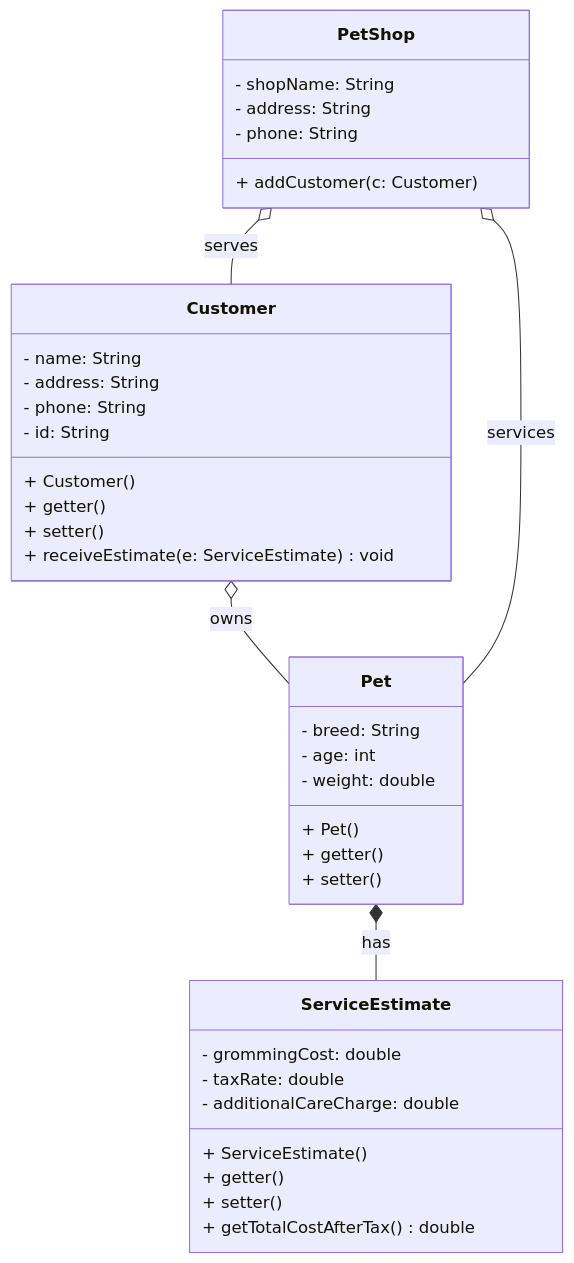
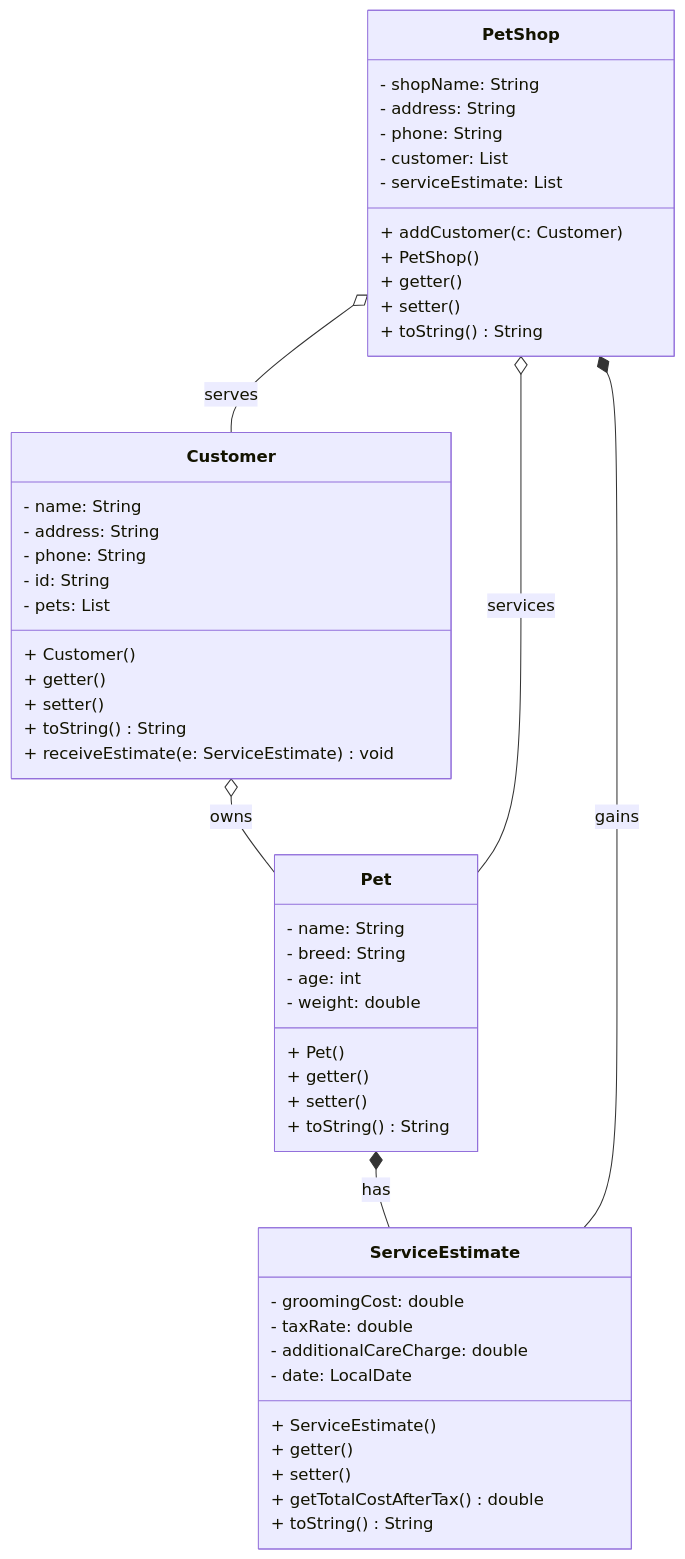
The diagram in CSE203/Lab1/Problem1/PetShop.mmd (ngsang149dev/CIT-EIU), drawn with Mermaid before and after one commit. The commit also changed 5 other files, not shown here.

```diff
--- a/CSE203/Lab1/Problem1/PetShop.mmd
+++ b/CSE203/Lab1/Problem1/PetShop.mmd
@@ -1,42 +1,55 @@
 classDiagram
     class Customer {
         - name: String
         - address: String
         - phone: String
         - id: String
+        - pets: List<Pet>
         + Customer()
         + getter()
         + setter()
+        + toString() String
         + receiveEstimate(e: ServiceEstimate) void
     }
 
     class Pet {
+        - name: String
         - breed: String
         - age: int 
         - weight: double
         + Pet() 
         + getter()
         + setter()  
+        + toString() String
     }
 
     class ServiceEstimate {
-        - grommingCost: double
+        - groomingCost: double
         - taxRate: double
         - additionalCareCharge: double
+        - date: LocalDate
         + ServiceEstimate()
         + getter()
         + setter()
         + getTotalCostAfterTax() double
+        + toString() String
     }
 
     class PetShop {
         - shopName: String
         - address: String
         - phone: String
+        - customer: List<Customer>
+        - serviceEstimate: List<ServiceEstimate>
         + addCustomer(c: Customer)
+        + PetShop()
+        + getter()
+        + setter()
+        + toString() String
     }
 
     Customer o-- Pet: owns
     Pet *-- ServiceEstimate: has
     PetShop o-- Customer: serves
-    PetShop o-- Pet: services    
+    PetShop o-- Pet: services  
+    PetShop *-- ServiceEstimate: gains  
```
